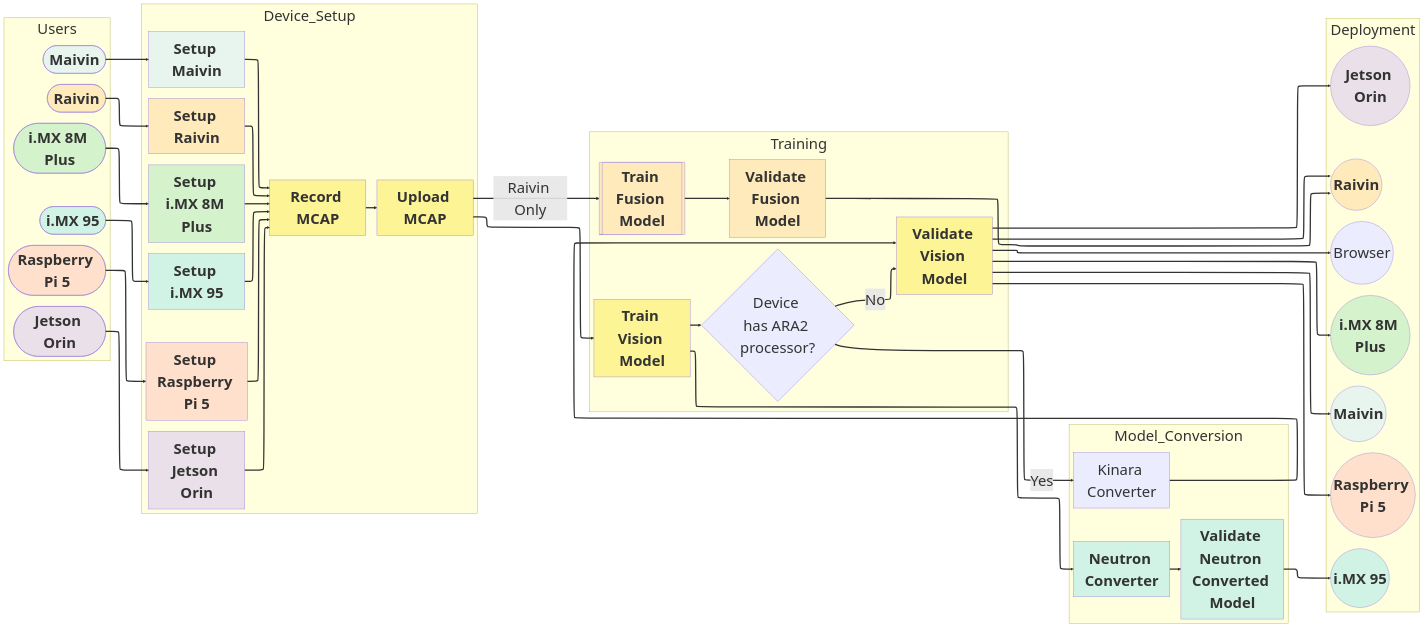
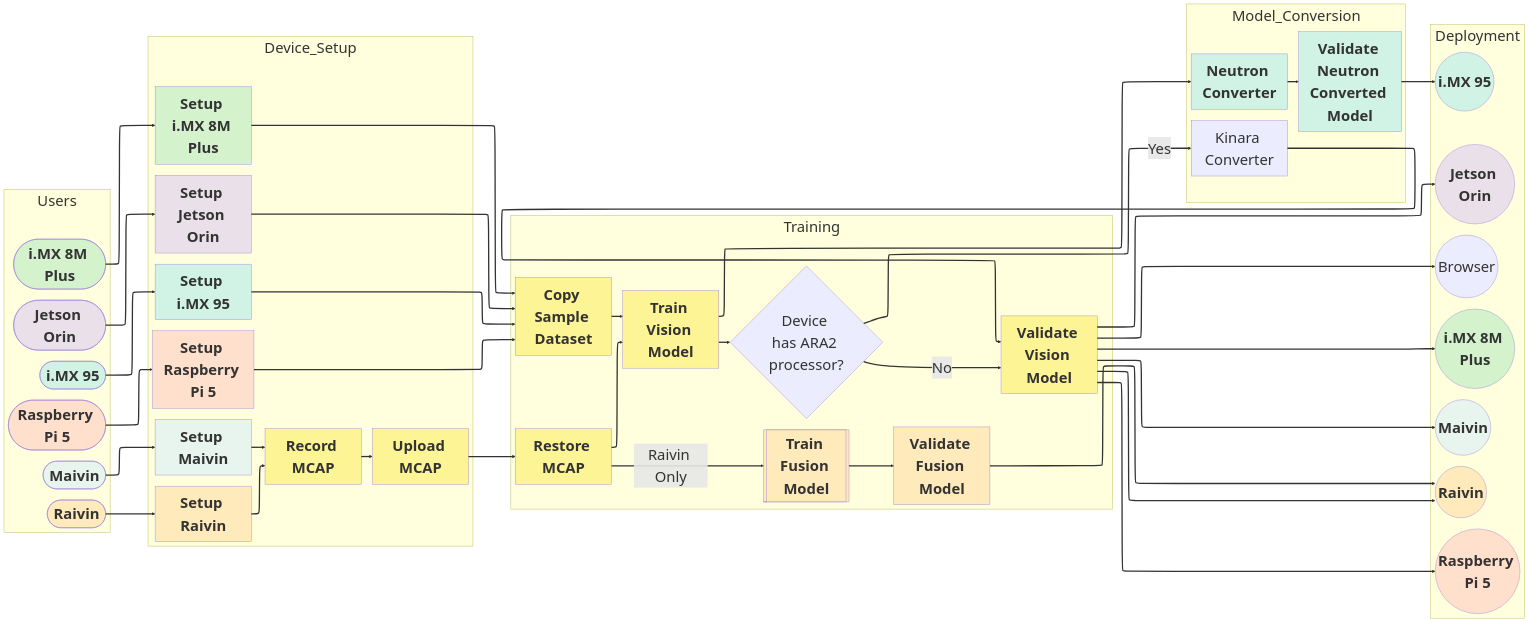
One commit to EdgeFirstAI/documentation changed the diagram in docs/platforms/index.md. Above: the diagram before and after it, drawn with Mermaid.

Commit message:
fixed mermaid diagram

```diff
--- a/docs/platforms/index.md
+++ b/docs/platforms/index.md
@@ -94,17 +94,24 @@
     pi_setup[Setup Raspberry Pi 5]:::coral 
     click pi_setup "quickstart/raspberrypi/setup" "Open Raspberry Pi Setup"
 
-    copy_dataset[Record MCAP]:::boxes
-    click copy_dataset "../perception/data_collection/recording/" "Record MCAP"
+    record_mcap[Record MCAP]:::boxes
+    click record_mcap "../perception/data_collection/recording/" "Record MCAP"
 
     upload_mcap[Upload MCAP]:::boxes
-    click copy_dataset "../perception/data_collection/publishing/" "Upload MCAP"
+    click upload_mcap "../perception/data_collection/publishing/" "Upload MCAP"
     end
 
     %% ---------- TRAINING ----------
     subgraph Training
     direction TB
     training_pad[" "]:::invisible
+
+    restore_mcap[Restore MCAP]:::boxes
+    click restore_mcap "../studio/snapshots/#restore-snapshot" "Restore MCAP"
+
+    copy_sample[Copy Sample Dataset]:::boxes
+    click copy_sample "../getting_started/copy_dataset/"
+
     train_2d[Train Vision Model]:::boxes
     click train_2d "../models/training/vision" "Open Training Vision"
 
@@ -166,13 +173,13 @@
     pi_user ==> pi_setup
 
     %% ---------- SETUP → DATA ----------
-    maivin_setup ==> copy_dataset
-    raivin_setup ==> copy_dataset
-    imx8mp_setup ==> copy_dataset
-    imx95_setup ==> copy_dataset
-    orin_setup ==> copy_dataset
-    pi_setup ==> copy_dataset
-    copy_dataset ==> upload_mcap
+    maivin_setup ==> record_mcap
+    raivin_setup ==> record_mcap
+    imx8mp_setup ==> copy_sample
+    imx95_setup ==> copy_sample
+    orin_setup ==> copy_sample
+    pi_setup ==> copy_sample
+    record_mcap ==> upload_mcap
 
     %% ---------- CONVERSION ----------
     train_2d ==> neutron_converter ==> validate_imx95
@@ -180,11 +187,13 @@
     ara2 == No ==> validate_2d
 
     %% ---------- CORE PIPELINE ----------
-    upload_mcap ==> train_2d
+    upload_mcap ==> restore_mcap
+    restore_mcap ==> train_2d
+    copy_sample ==> train_2d
     train_2d ==> ara2
 
     %% ---------- 3D PIPELINE ----------
-    upload_mcap == Raivin Only ==> train_3d
+    restore_mcap == Raivin Only ==> train_3d
     train_3d ==> validate_3d
 
     %% ---------- DEPLOYMENT ----------
```
